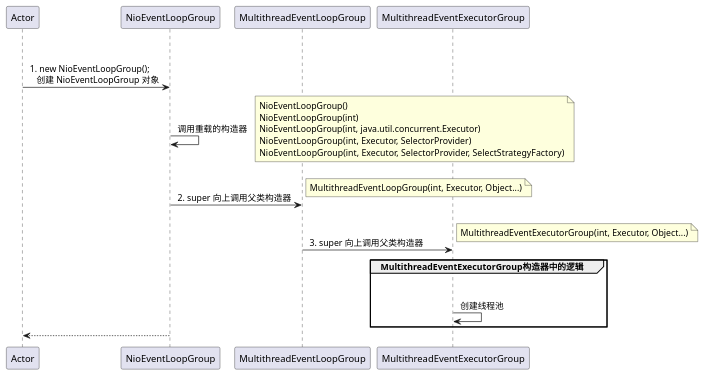
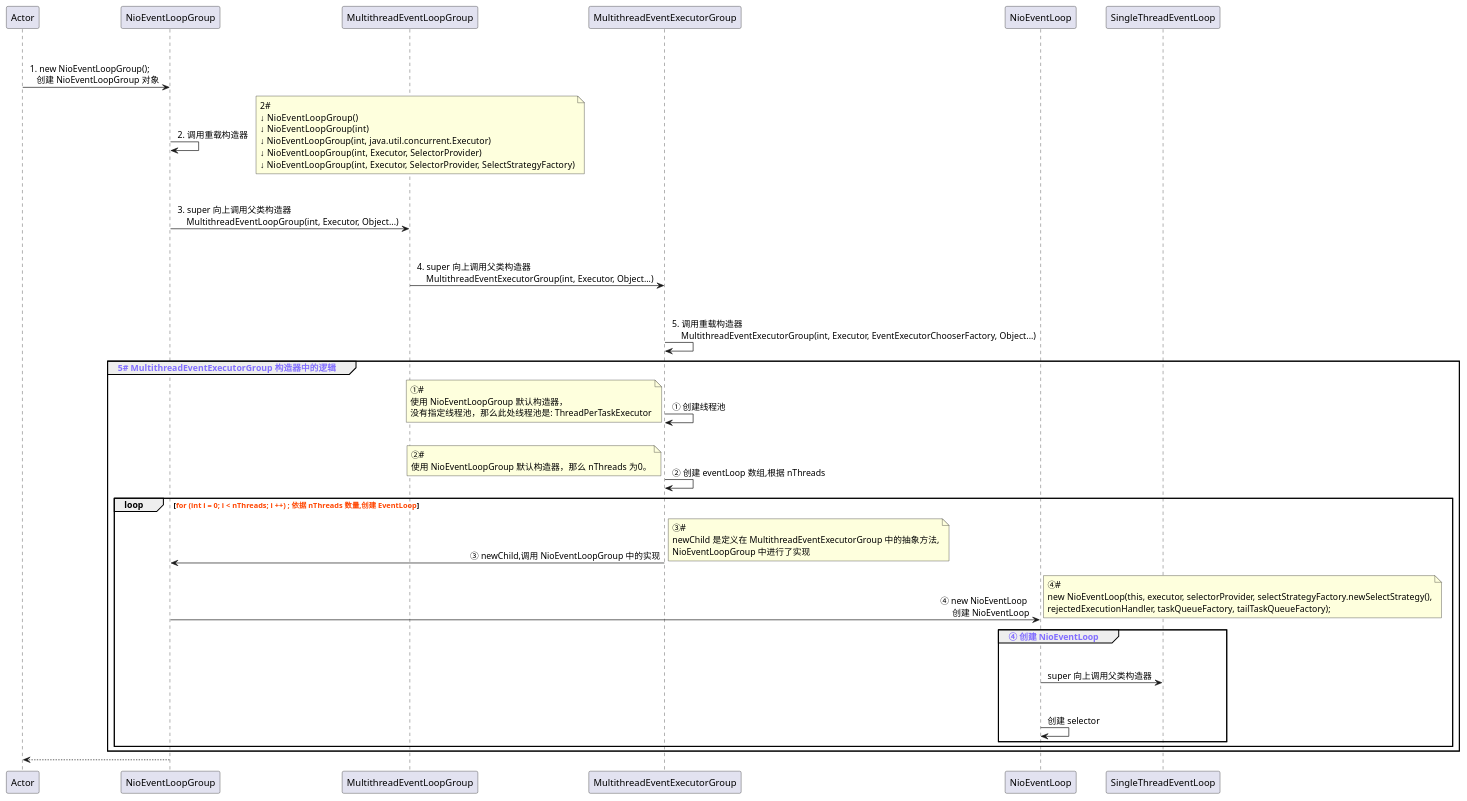
The diagram in puml/NioEventLoop#创建.puml (Simba-cheng/netty), drawn with PlantUML before and after one commit.

Commit message:
refactor(code): 源码添加注释、流程图、类图

```diff
--- a/puml/NioEventLoop#创建.puml
+++ b/puml/NioEventLoop#创建.puml
@@ -1,34 +1,68 @@
 @startuml participant
 
 Actor -> NioEventLoopGroup: \n\n 1. new NioEventLoopGroup(); \n    创建 NioEventLoopGroup 对象
 
-NioEventLoopGroup -> NioEventLoopGroup: \n 调用重载的构造器
+NioEventLoopGroup -> NioEventLoopGroup: \n 2. 调用重载构造器
 note right
-NioEventLoopGroup()
-NioEventLoopGroup(int)
-NioEventLoopGroup(int, java.util.concurrent.Executor)
-NioEventLoopGroup(int, Executor, SelectorProvider)
-NioEventLoopGroup(int, Executor, SelectorProvider, SelectStrategyFactory)
+2#
+↓ NioEventLoopGroup()
+↓ NioEventLoopGroup(int)
+↓ NioEventLoopGroup(int, java.util.concurrent.Executor)
+↓ NioEventLoopGroup(int, Executor, SelectorProvider)
+↓ NioEventLoopGroup(int, Executor, SelectorProvider, SelectStrategyFactory)
 end note
 
-NioEventLoopGroup -> MultithreadEventLoopGroup: \n\n 2. super 向上调用父类构造器
-note right
-MultithreadEventLoopGroup(int, Executor, Object...)
-end note
+NioEventLoopGroup -> MultithreadEventLoopGroup: \n\n 3. super 向上调用父类构造器 \n     MultithreadEventLoopGroup(int, Executor, Object...)
 
-MultithreadEventLoopGroup -> MultithreadEventExecutorGroup: \n\n 3. super 向上调用父类构造器
-note right
-MultithreadEventExecutorGroup(int, Executor, Object...)
-end note
+MultithreadEventLoopGroup -> MultithreadEventExecutorGroup: \n\n 4. super 向上调用父类构造器 \n     MultithreadEventExecutorGroup(int, Executor, Object...)
+
+MultithreadEventExecutorGroup -> MultithreadEventExecutorGroup: \n\n 5. 调用重载构造器 \n     MultithreadEventExecutorGroup(int, Executor, EventExecutorChooserFactory, Object...)
+
+group <color:#836FFF>5# MultithreadEventExecutorGroup 构造器中的逻辑</color>
+
+    MultithreadEventExecutorGroup -> MultithreadEventExecutorGroup: \n\n ① 创建线程池
+    note left
+    ①#
+    使用 NioEventLoopGroup 默认构造器，
+    没有指定线程池，那么此处线程池是: ThreadPerTaskExecutor
+    end note
+
+    MultithreadEventExecutorGroup -> MultithreadEventExecutorGroup: \n\n\n ② 创建 eventLoop 数组,根据 nThreads
+    note left
+    ②#
+    使用 NioEventLoopGroup 默认构造器，那么 nThreads 为0。
+    end note
+
+    loop <color:#FF4500>for (int i = 0; i < nThreads; i ++) ; 依据 nThreads 数量,创建 EventLoop</color>
+
+'    skinparam sequenceMessageAlign center
+    MultithreadEventExecutorGroup -> NioEventLoopGroup: \n\n\n ③ newChild,调用 NioEventLoopGroup 中的实现
+    note right
+    ③#
+    newChild 是定义在 MultithreadEventExecutorGroup 中的抽象方法,
+    NioEventLoopGroup 中进行了实现
+    end note
+
+    skinparam sequenceMessageAlign right
+    NioEventLoopGroup -> NioEventLoop: \n\n ④ new NioEventLoop \n     创建 NioEventLoop
+        note right
+        ④#
+        new NioEventLoop(this, executor, selectorProvider, selectStrategyFactory.newSelectStrategy(),
+        rejectedExecutionHandler, taskQueueFactory, tailTaskQueueFactory);
+        end note
+        group <color:#836FFF>④ 创建 NioEventLoop</color>
+
+        NioEventLoop -> SingleThreadEventLoop: \n\n super 向上调用父类构造器
+        NioEventLoop -> NioEventLoop: \n\n 创建 selector
 
 
-group MultithreadEventExecutorGroup构造器中的逻辑
+        end
 
-    MultithreadEventExecutorGroup -> MultithreadEventExecutorGroup: \n\n 创建线程池
+    end
 
-
+'③④⑤⑥⑦⑧
 
 end
 
 Actor <-- NioEventLoopGroup
 @enduml
```
